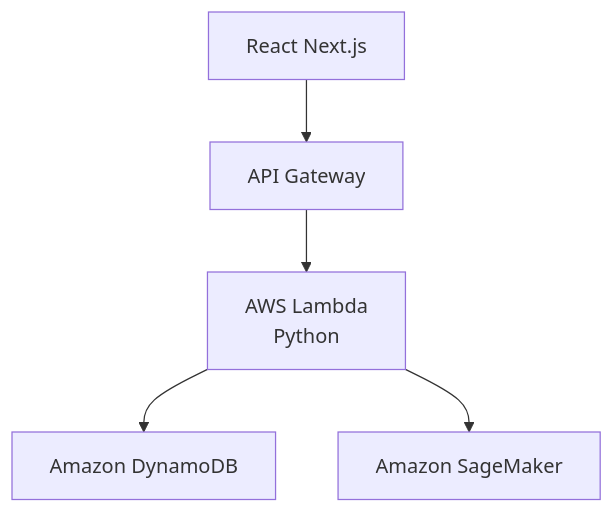
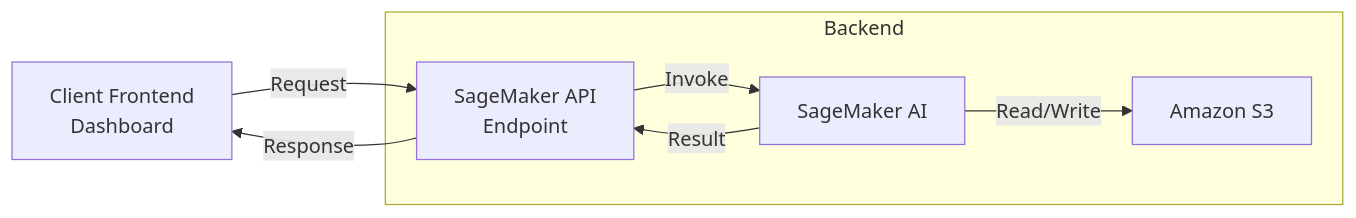
One commit to 0x10jalencas/csu-summer-ai-camp-2025 changed the diagram in README.md. Above: the diagram before and after it, drawn with Mermaid. The commit also changed other lines of this file, not shown here.

````diff
--- a/README.md
+++ b/README.md
@@ -36,7 +35,14 @@
 ```mermaid
-graph TB
-  A[React Next.js] --> B[API Gateway]
-  B --> C[AWS Lambda<br/>Python]
-  C --> D[Amazon DynamoDB]
-  C --> E[Amazon SageMaker]
+graph LR
+  A[Client Frontend<br/>Dashboard] -->|Request| B[SageMaker API<br/>Endpoint]
+
+  subgraph Backend
+    B -->|Invoke| C[SageMaker AI]
+    C -->|Read/Write| D[Amazon S3]
+    C -->|Result| B
+  end
+
+  B -->|Response| A
+
+
 ```
````
